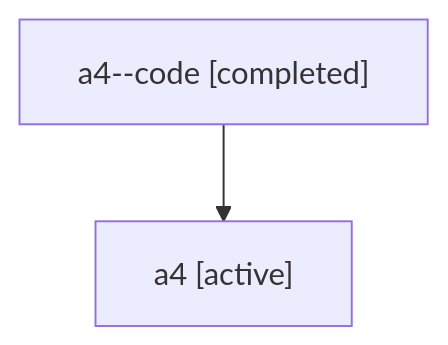
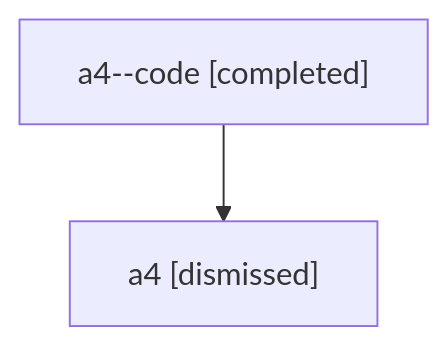
Before and after one commit to sase-org/sase--agents: the diagram in sessions/bbugyi200.athena.a4.md, drawn with Mermaid. The commit also changed other lines of this file and 35 other files, not shown here.

````diff
--- a/sessions/bbugyi200.athena.a4.md
+++ b/sessions/bbugyi200.athena.a4.md
@@ -9,6 +9,6 @@
 ```mermaid
 flowchart TD
   n0["a4--code [completed]"]
-  n1["a4 [active]"]
+  n1["a4 [dismissed]"]
   n0 --> n1
 ```
````
